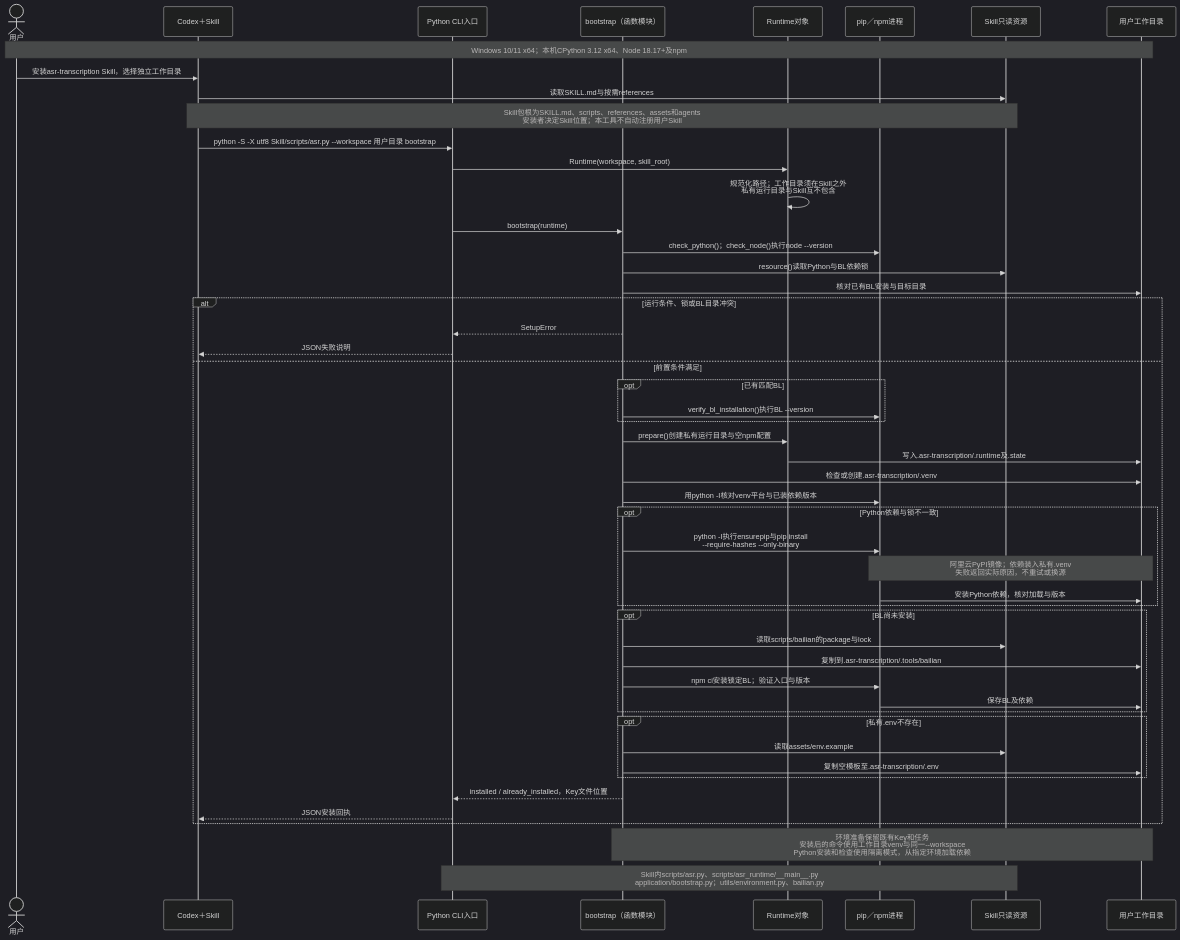
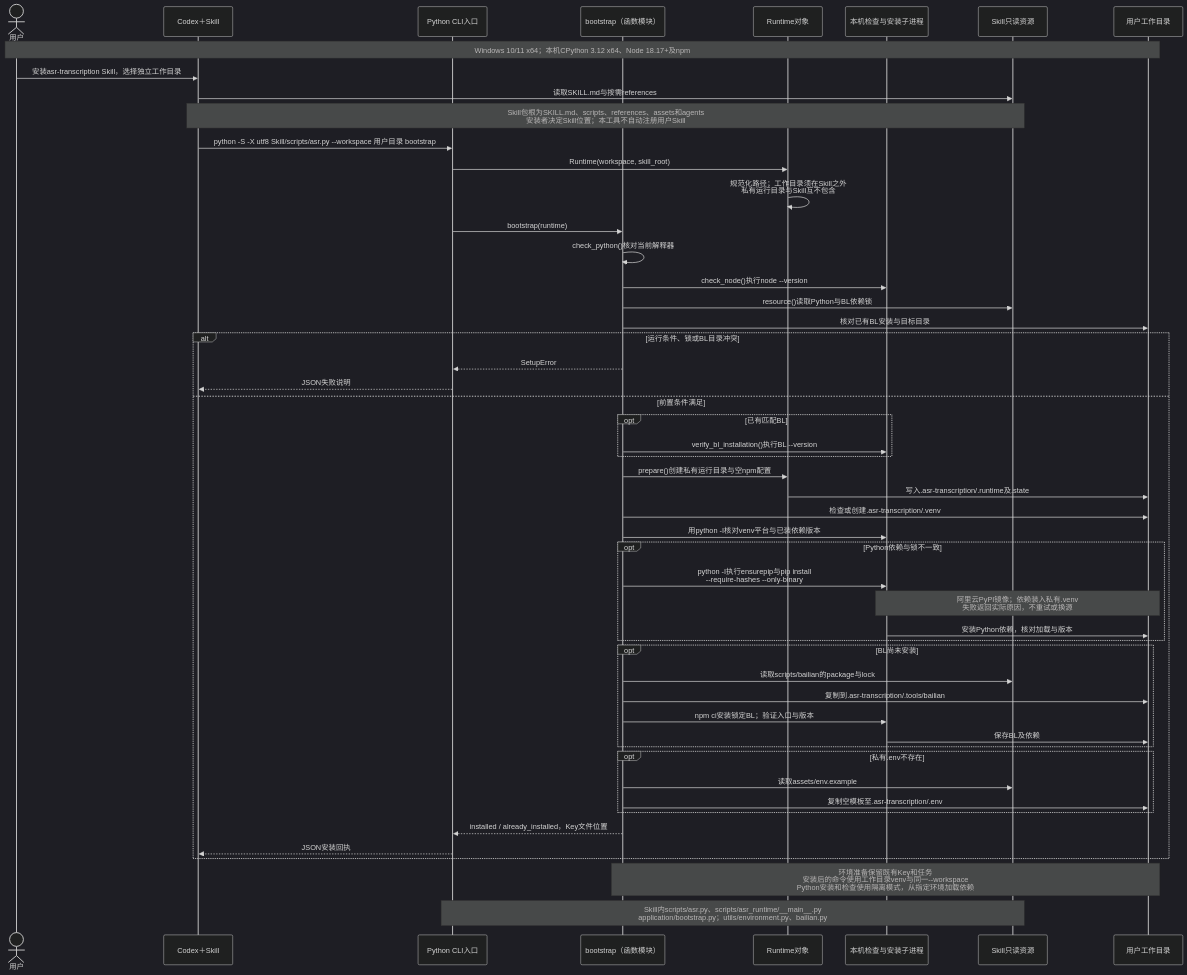
The diagram in doc/uml/02-install.mmd (hx101700/asr-agent), drawn with Mermaid (dark theme) before and after one commit. The commit also changed 21 other files, not shown here.

```diff
--- a/doc/uml/02-install.mmd
+++ b/doc/uml/02-install.mmd
@@ -1,51 +1,52 @@
 sequenceDiagram
 actor U as 用户
 participant C as Codex＋Skill
 participant E as Python CLI入口
 participant B as bootstrap（函数模块）
 participant R as Runtime对象
-participant M as pip／npm进程
+participant M as 本机检查与安装子进程
 participant S as Skill只读资源
 participant F as 用户工作目录
 Note over U,F: Windows 10/11 x64；本机CPython 3.12 x64、Node 18.17+及npm
 U->>C: 安装asr-transcription Skill，选择独立工作目录
 C->>S: 读取SKILL.md与按需references
 Note over C,S: Skill包根为SKILL.md、scripts、references、assets和agents<br/>安装者决定Skill位置；本工具不自动注册用户Skill
 C->>E: python -S -X utf8 Skill/scripts/asr.py --workspace 用户目录 bootstrap
 E->>R: Runtime(workspace, skill_root)
 R->>R: 规范化路径；工作目录须在Skill之外<br/>私有运行目录与Skill互不包含
 E->>B: bootstrap(runtime)
-B->>M: check_python()；check_node()执行node --version
+B->>B: check_python()核对当前解释器
+B->>M: check_node()执行node --version
 B->>S: resource()读取Python与BL依赖锁
 B->>F: 核对已有BL安装与目标目录
 alt 运行条件、锁或BL目录冲突
     B-->>E: SetupError
     E-->>C: JSON失败说明
 else 前置条件满足
     opt 已有匹配BL
         B->>M: verify_bl_installation()执行BL --version
     end
     B->>R: prepare()创建私有运行目录与空npm配置
     R->>F: 写入.asr-transcription/.runtime及.state
     B->>F: 检查或创建.asr-transcription/.venv
     B->>M: 用python -I核对venv平台与已装依赖版本
     opt Python依赖与锁不一致
         B->>M: python -I执行ensurepip与pip install<br/>--require-hashes --only-binary
         Note over M,F: 阿里云PyPI镜像；依赖装入私有.venv<br/>失败返回实际原因，不重试或换源
         M->>F: 安装Python依赖，核对加载与版本
     end
     opt BL尚未安装
         B->>S: 读取scripts/bailian的package与lock
         B->>F: 复制到.asr-transcription/.tools/bailian
         B->>M: npm ci安装锁定BL；验证入口与版本
         M->>F: 保存BL及依赖
     end
     opt 私有.env不存在
         B->>S: 读取assets/env.example
         B->>F: 复制空模板至.asr-transcription/.env
     end
     B-->>E: installed / already_installed，Key文件位置
     E-->>C: JSON安装回执
 end
 Note over B,F: 环境准备保留既有Key和任务<br/>安装后的命令使用工作目录venv与同一--workspace<br/>Python安装和检查使用隔离模式，从指定环境加载依赖
 Note over E,S: Skill内scripts/asr.py、scripts/asr_runtime/__main__.py<br/>application/bootstrap.py；utils/environment.py、bailian.py
```
